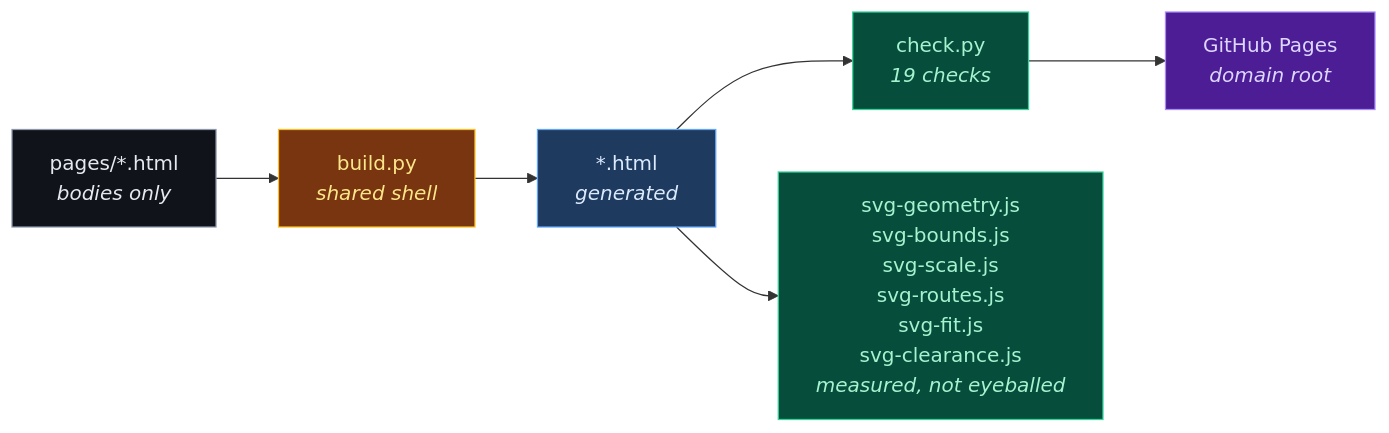
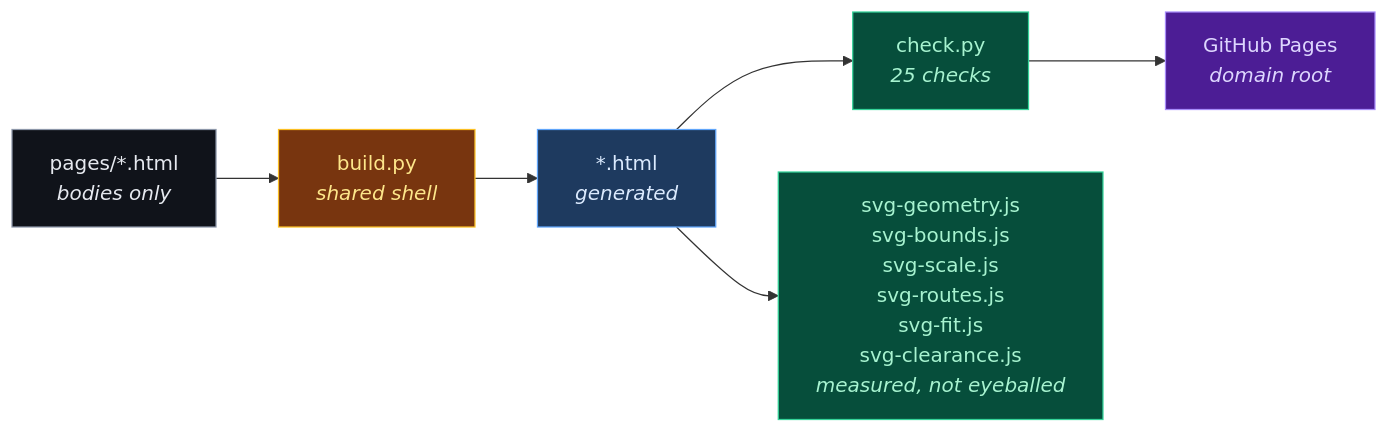
One commit to doublegate-io/doublegate-io.github.io changed the diagram in README.md. Above: the diagram before and after it, drawn with Mermaid. The commit also changed other lines of this file and 23 other files, not shown here.

````diff
--- a/README.md
+++ b/README.md
@@ -37,15 +37,15 @@
 ```mermaid
 flowchart LR
   P["pages/*.html<br/><i>bodies only</i>"] --> B["build.py<br/><i>shared shell</i>"]
   B --> O["*.html<br/><i>generated</i>"]
-  O --> C["check.py<br/><i>19 checks</i>"]
+  O --> C["check.py<br/><i>25 checks</i>"]
   O --> G["svg-geometry.js<br/>svg-bounds.js<br/>svg-scale.js<br/>svg-routes.js<br/>svg-fit.js<br/>svg-clearance.js<br/><i>measured, not eyeballed</i>"]
   C --> D["GitHub Pages<br/><i>domain root</i>"]
 
   style P fill:#10131a,stroke:#8d97a9,color:#e6e9ef
   style B fill:#78350f,stroke:#fbbf24,color:#fde68a
   style O fill:#1e3a5f,stroke:#60a5fa,color:#dbeafe
   style C fill:#064e3b,stroke:#34d399,color:#a7f3d0
   style G fill:#064e3b,stroke:#34d399,color:#a7f3d0
   style D fill:#4c1d95,stroke:#a78bfa,color:#ddd6fe
 ```
````
